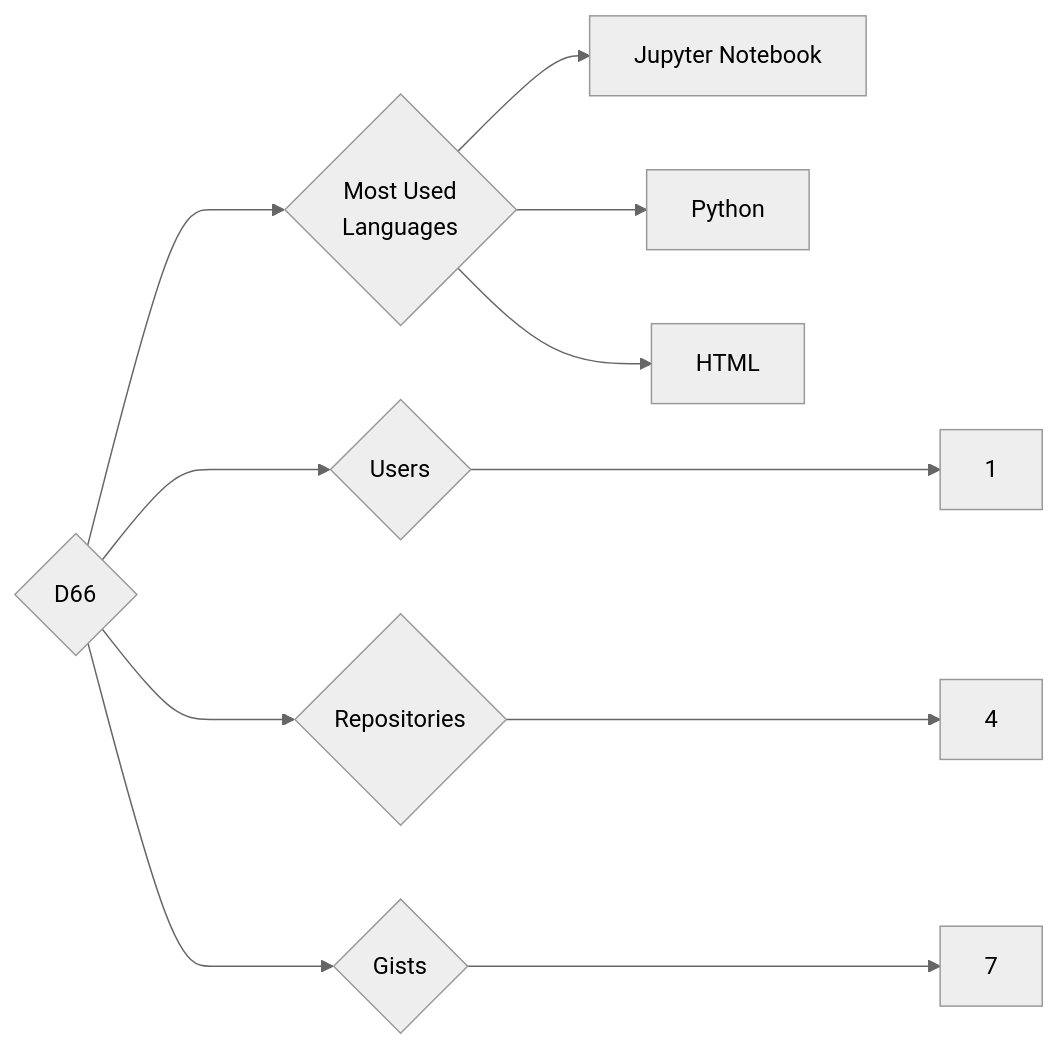
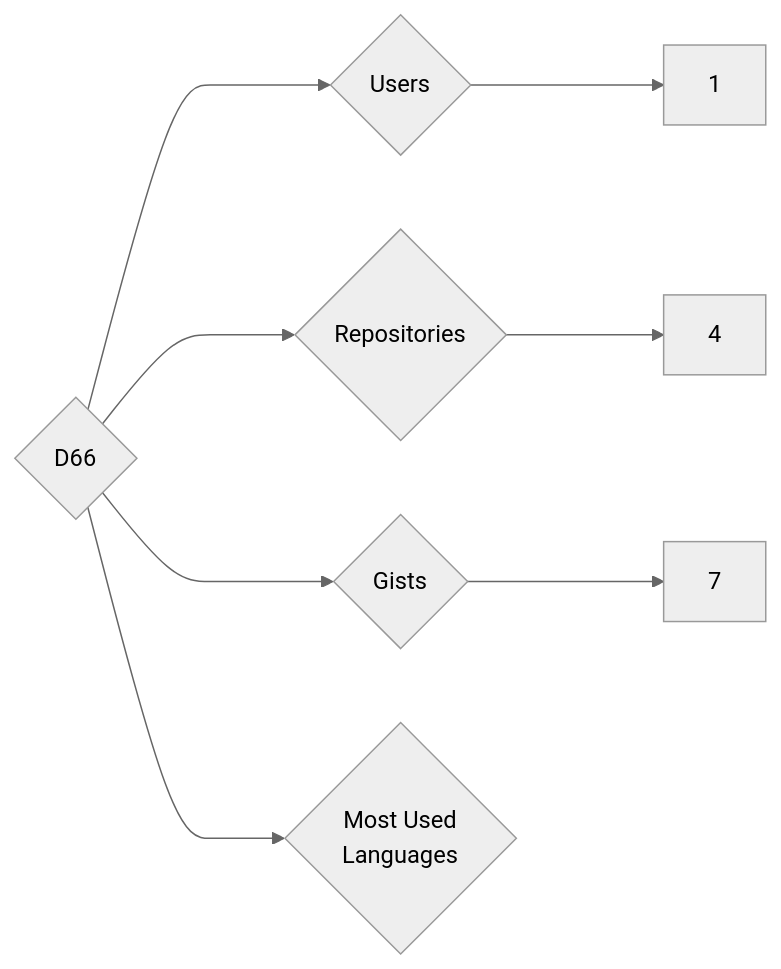
Before and after one commit to trickest/insiders: the diagram in targets/D66/README.md, drawn with Mermaid (neutral theme). The commit also changed 1141 other files, not shown here.

````diff
--- a/targets/D66/README.md
+++ b/targets/D66/README.md
@@ -3,11 +3,8 @@
 ```mermaid
 graph LR
 COMPANY_NAME{D66}
 COMPANY_NAME ---> U{Users} ---> UN[1]
 COMPANY_NAME ---> R{Repositories} ---> RN[4]
 COMPANY_NAME ---> G{Gists} ---> GN[7]
 COMPANY_NAME ---> ML{Most Used<br>Languages}
-ML --> Jupyter_Notebook[Jupyter Notebook]
-ML --> Python[Python]
-ML --> HTML[HTML]
 ```
````
